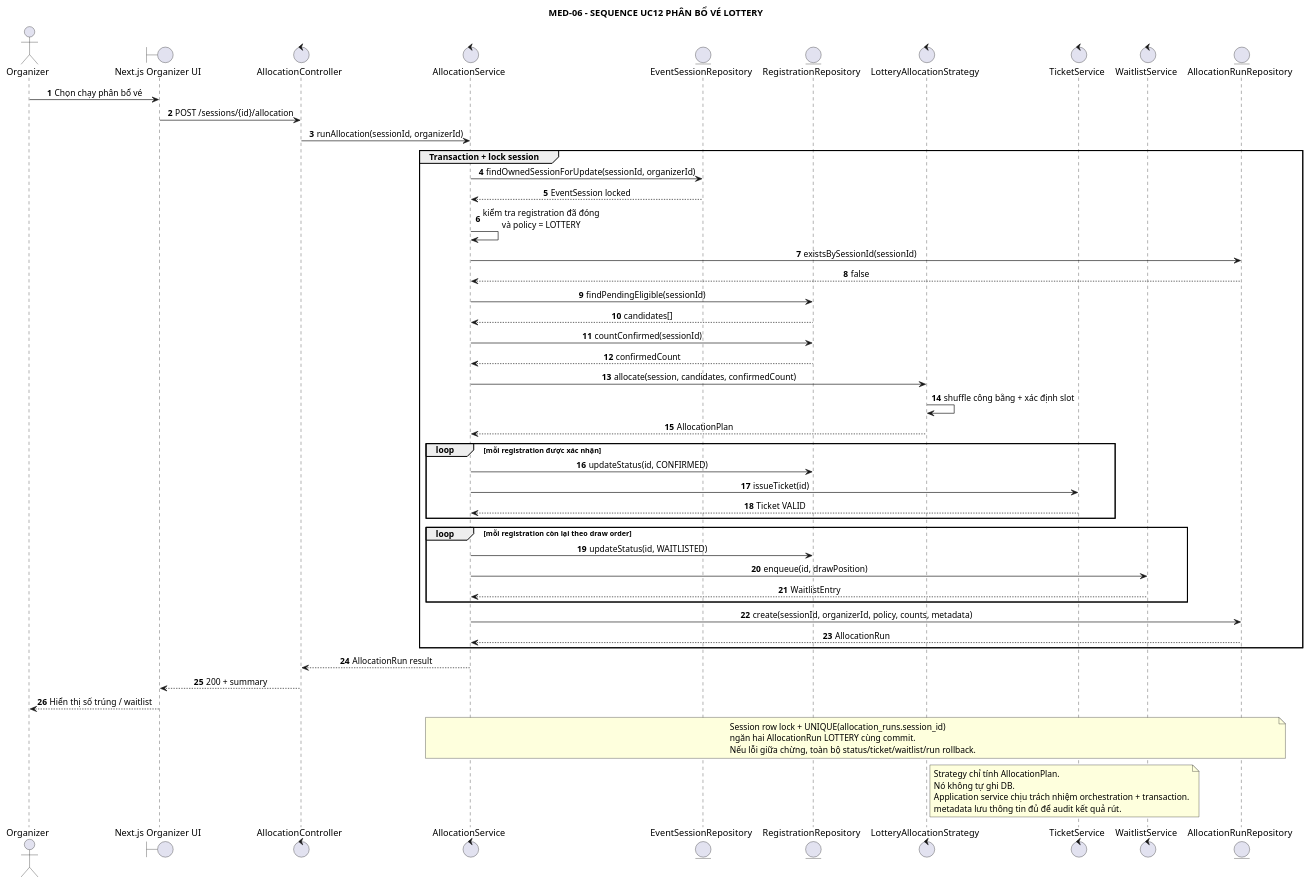
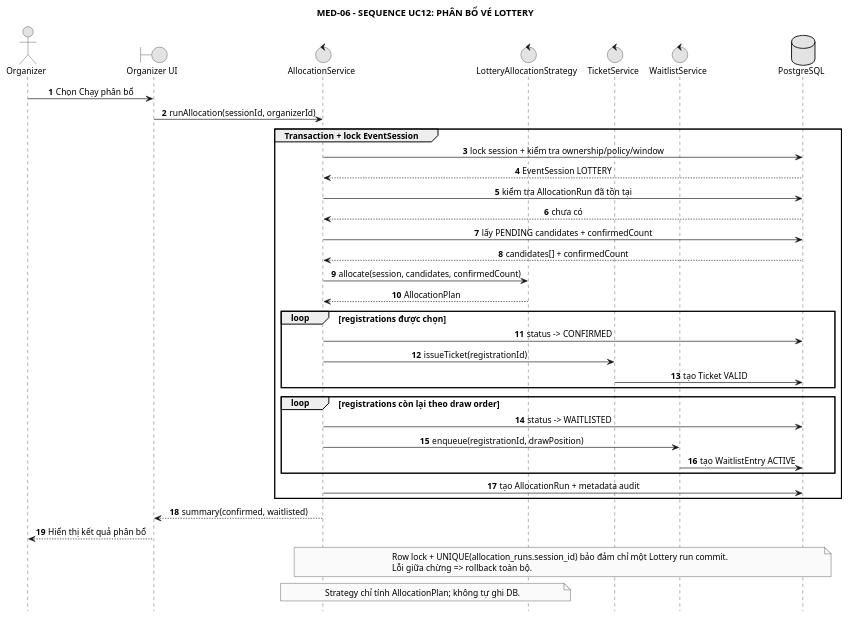
Before and after one commit to anh632k-ui/OOP-DoAn: the diagram in PTTK/05_Sequence/03-uc12-lottery-allocation.puml, drawn with PlantUML.

Commit message:
refactor sequence UC12 lottery layout

```diff
--- a/PTTK/05_Sequence/03-uc12-lottery-allocation.puml
+++ b/PTTK/05_Sequence/03-uc12-lottery-allocation.puml
@@ -1,71 +1,61 @@
 @startuml
+skinparam monochrome true
 skinparam shadowing false
+skinparam defaultFontSize 13
 skinparam sequenceMessageAlign center
 skinparam responseMessageBelowArrow true
+hide footbox
 
-title MED-06 - SEQUENCE UC12 PHÂN BỔ VÉ LOTTERY
+title MED-06 - SEQUENCE UC12: PHÂN BỔ VÉ LOTTERY
 
 actor Organizer
-boundary "Next.js Organizer UI" as UI
-control "AllocationController" as AC
+boundary "Organizer UI" as UI
 control "AllocationService" as AS
-entity "EventSessionRepository" as ESR
-entity "RegistrationRepository" as RR
-control "LotteryAllocationStrategy" as LAS
+control "LotteryAllocationStrategy" as LS
 control "TicketService" as TS
 control "WaitlistService" as WS
-entity "AllocationRunRepository" as ARR
+database "PostgreSQL" as DB
 
 autonumber
-Organizer -> UI : Chọn chạy phân bổ vé
-UI -> AC : POST /sessions/{id}/allocation
-AC -> AS : runAllocation(sessionId, organizerId)
+Organizer -> UI : Chọn Chạy phân bổ
+UI -> AS : runAllocation(sessionId, organizerId)
 
- group Transaction + lock session
-  AS -> ESR : findOwnedSessionForUpdate(sessionId, organizerId)
-  ESR --> AS : EventSession locked
-  AS -> AS : kiểm tra registration đã đóng\nvà policy = LOTTERY
-  AS -> ARR : existsBySessionId(sessionId)
-  ARR --> AS : false
-  AS -> RR : findPendingEligible(sessionId)
-  RR --> AS : candidates[]
-  AS -> RR : countConfirmed(sessionId)
-  RR --> AS : confirmedCount
-  AS -> LAS : allocate(session, candidates, confirmedCount)
-  LAS -> LAS : shuffle công bằng + xác định slot
-  LAS --> AS : AllocationPlan
+group Transaction + lock EventSession
+  AS -> DB : lock session + kiểm tra ownership/policy/window
+  DB --> AS : EventSession LOTTERY
+  AS -> DB : kiểm tra AllocationRun đã tồn tại
+  DB --> AS : chưa có
+  AS -> DB : lấy PENDING candidates + confirmedCount
+  DB --> AS : candidates[] + confirmedCount
 
-  loop mỗi registration được xác nhận
-    AS -> RR : updateStatus(id, CONFIRMED)
-    AS -> TS : issueTicket(id)
-    TS --> AS : Ticket VALID
+  AS -> LS : allocate(session, candidates, confirmedCount)
+  LS --> AS : AllocationPlan
+
+  loop registrations được chọn
+    AS -> DB : status -> CONFIRMED
+    AS -> TS : issueTicket(registrationId)
+    TS -> DB : tạo Ticket VALID
   end
 
-  loop mỗi registration còn lại theo draw order
-    AS -> RR : updateStatus(id, WAITLISTED)
-    AS -> WS : enqueue(id, drawPosition)
-    WS --> AS : WaitlistEntry
+  loop registrations còn lại theo draw order
+    AS -> DB : status -> WAITLISTED
+    AS -> WS : enqueue(registrationId, drawPosition)
+    WS -> DB : tạo WaitlistEntry ACTIVE
   end
 
-  AS -> ARR : create(sessionId, organizerId, policy, counts, metadata)
-  ARR --> AS : AllocationRun
- end
+  AS -> DB : tạo AllocationRun + metadata audit
+end
 
-AS --> AC : AllocationRun result
-AC --> UI : 200 + summary
-UI --> Organizer : Hiển thị số trúng / waitlist
+AS --> UI : summary(confirmed, waitlisted)
+UI --> Organizer : Hiển thị kết quả phân bổ
 
-note over AS,ARR
-Session row lock + UNIQUE(allocation_runs.session_id)
-ngăn hai AllocationRun LOTTERY cùng commit.
-Nếu lỗi giữa chừng, toàn bộ status/ticket/waitlist/run rollback.
+note over AS,DB
+Row lock + UNIQUE(allocation_runs.session_id) bảo đảm chỉ một Lottery run commit.
+Lỗi giữa chừng => rollback toàn bộ.
 end note
 
-note right of LAS
-Strategy chỉ tính AllocationPlan.
-Nó không tự ghi DB.
-Application service chịu trách nhiệm orchestration + transaction.
-metadata lưu thông tin đủ để audit kết quả rút.
+note over AS,LS
+Strategy chỉ tính AllocationPlan; không tự ghi DB.
 end note
 
 @enduml
```
